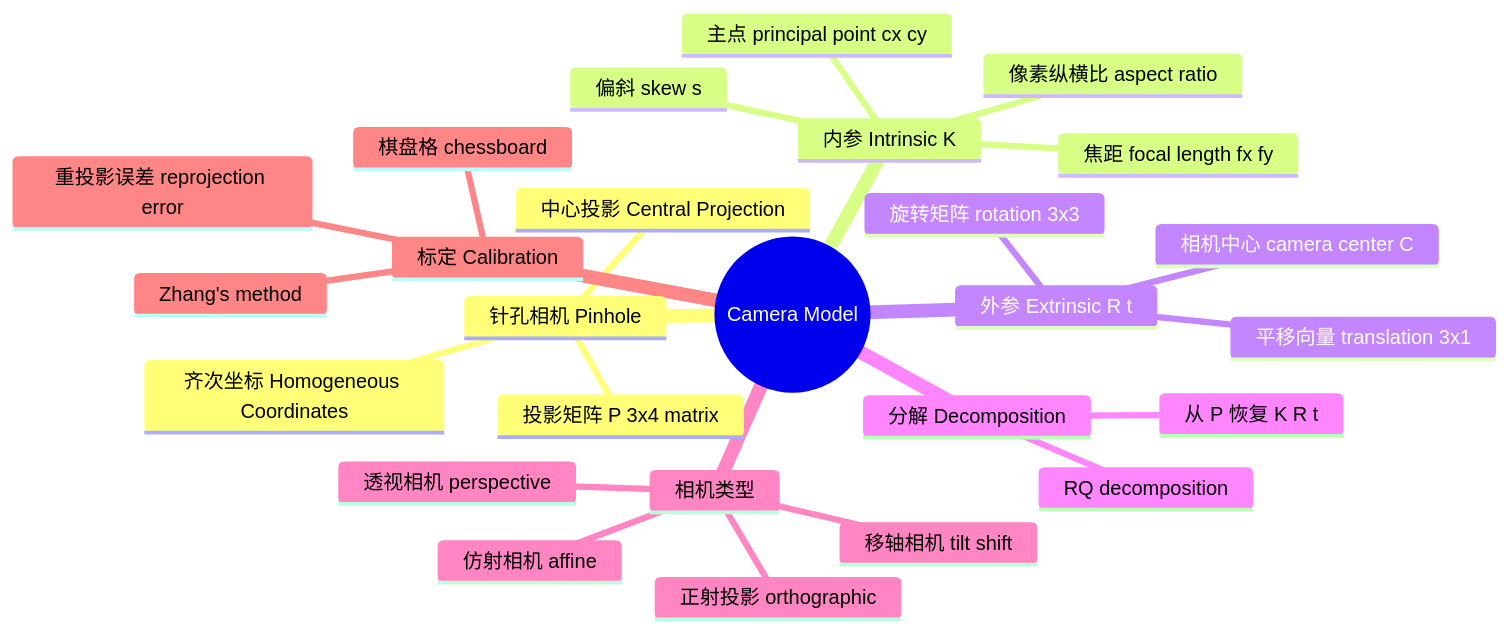
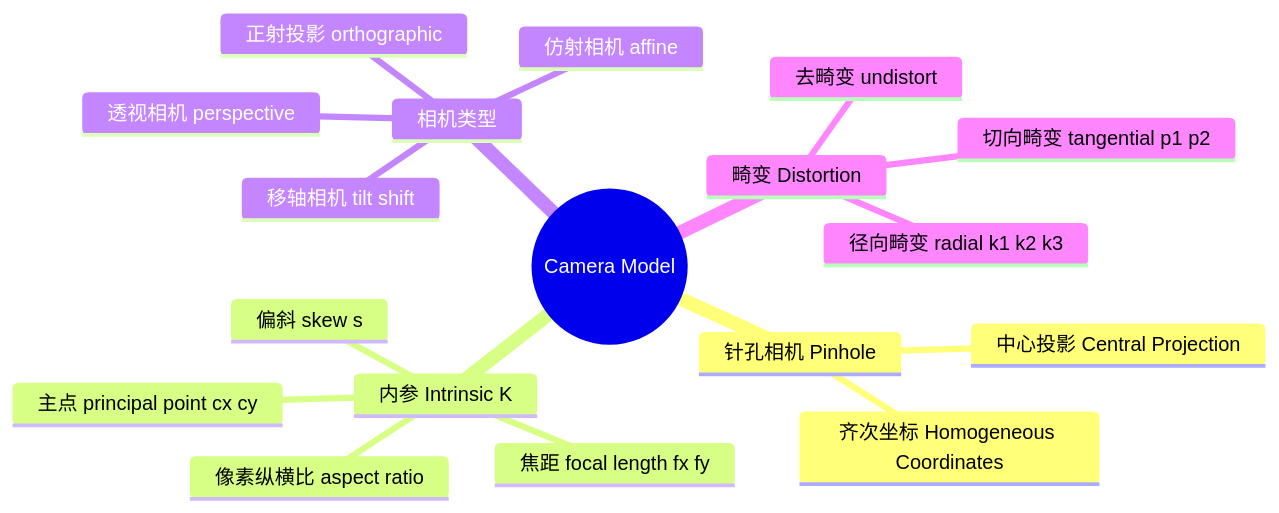
The first of 2 diagrams in src/00_basics/01_camera_model.md (dull-bird/book_3d_cv), drawn with Mermaid before and after one commit. The commit also changed other lines of this file and 196 other files, not shown here.

````diff
--- a/src/00_basics/01_camera_model.md
+++ b/src/00_basics/01_camera_model.md
@@ -196,29 +207,21 @@
 ```mermaid
 mindmap
   root((Camera Model))
     针孔相机 Pinhole
       中心投影 Central Projection
       齐次坐标 Homogeneous Coordinates
-      投影矩阵 P 3x4 matrix
     内参 Intrinsic K
       焦距 focal length fx fy
       主点 principal point cx cy
       像素纵横比 aspect ratio
       偏斜 skew s
-    外参 Extrinsic R t
-      旋转矩阵 rotation 3x3
-      平移向量 translation 3x1
-      相机中心 camera center C
-    分解 Decomposition
-      RQ decomposition
-      从 P 恢复 K R t
     相机类型
       透视相机 perspective
       仿射相机 affine
       移轴相机 tilt shift
       正射投影 orthographic
-    标定 Calibration
-      Zhang's method
-      棋盘格 chessboard
-      重投影误差 reprojection error
+    畸变 Distortion
+      径向畸变 radial k1 k2 k3
+      切向畸变 tangential p1 p2
+      去畸变 undistort
 ```
````
